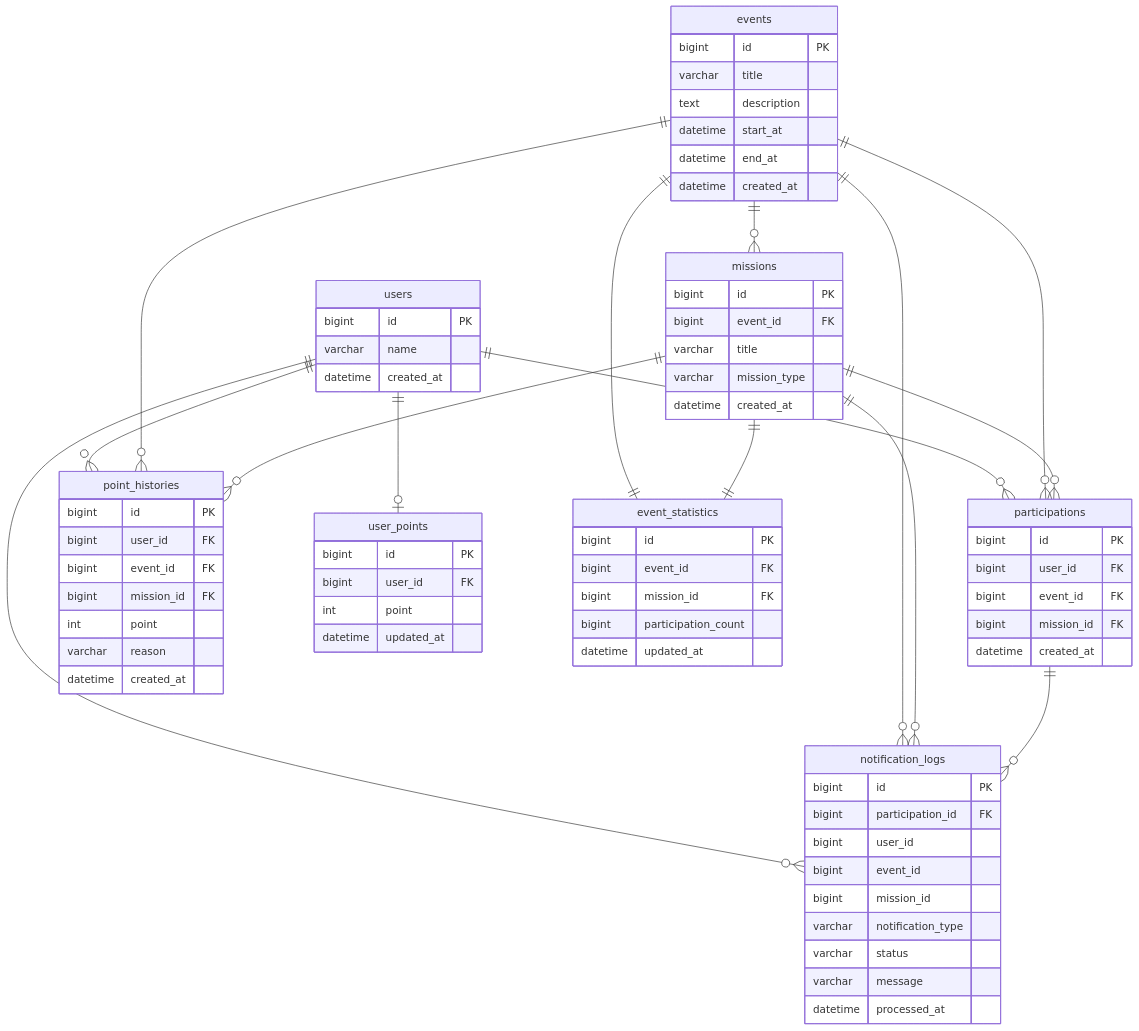
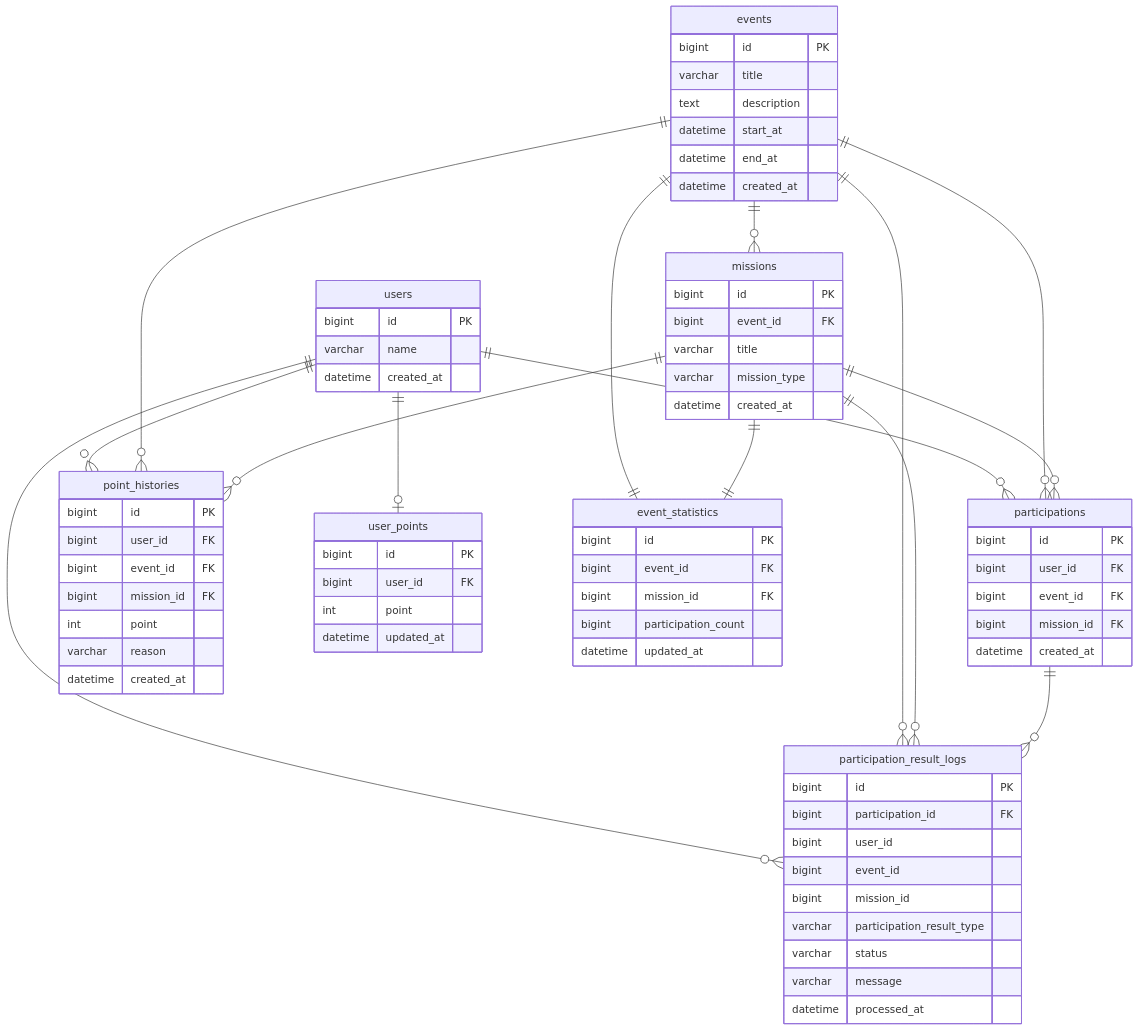
Before and after one commit to sincheon90/event-participation-system: the diagram in docs/erd.md, drawn with Mermaid. The commit also changed other lines of this file and 18 other files, not shown here.

Commit message:
refactor: rename notification to participation result and add repository tests

```diff
--- a/docs/erd.md
+++ b/docs/erd.md
@@ -30,22 +30,22 @@
 erDiagram
 
     users ||--o{ participations : ""
-    users ||--o{ notification_logs : ""
+    users ||--o{ participation_result_logs : ""
     users ||--o{ point_histories : ""
     users ||--o| user_points : ""
 
     events ||--o{ missions : ""
     events ||--o{ participations : ""
-    events ||--o{ notification_logs : ""
+    events ||--o{ participation_result_logs : ""
     events ||--|| event_statistics : ""
     events ||--o{ point_histories : ""
 
     missions ||--o{ participations : ""
-    missions ||--o{ notification_logs : ""
+    missions ||--o{ participation_result_logs : ""
     missions ||--|| event_statistics : ""
     missions ||--o{ point_histories : ""
 
-    participations ||--o{ notification_logs : ""
+    participations ||--o{ participation_result_logs : ""
 
 
     users {
@@ -79,13 +79,13 @@
         datetime created_at
     }
 
-    notification_logs {
+    participation_result_logs {
         bigint id PK
         bigint participation_id FK
         bigint user_id
         bigint event_id
         bigint mission_id
-        varchar notification_type
+        varchar participation_result_type
         varchar status
         varchar message
         datetime processed_at
```
